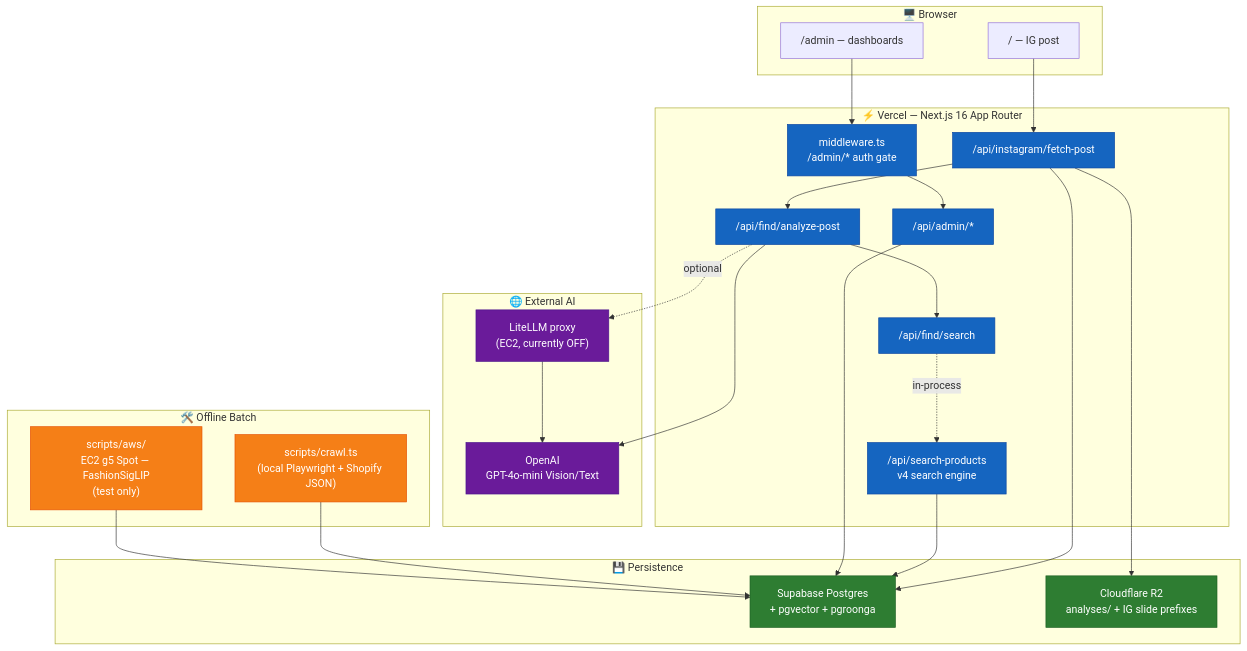
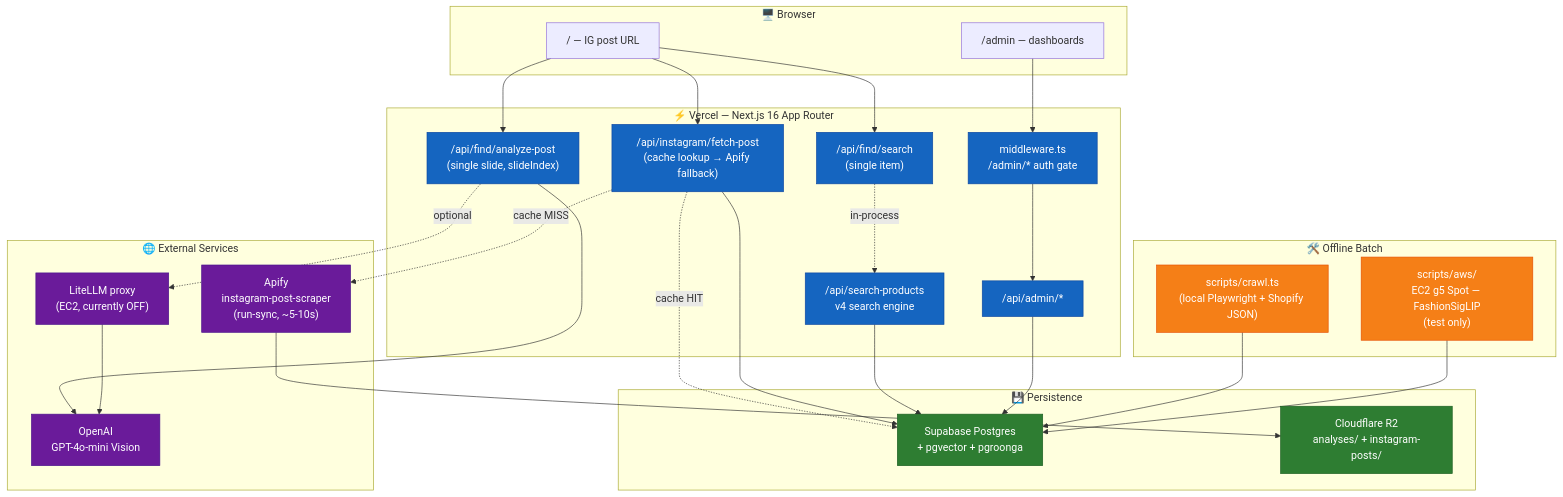
Before and after one commit to endurance-ai/portal.ai: the diagram in docs/ARCHITECTURE.md, drawn with Mermaid. The commit also changed other lines of this file and 2 other files, not shown here.

Commit message:
docs: ARCHITECTURE / features-main-flow / infra-deployment v2 반영 누락분 정정
PR #31 (메인 플로우 v2) 머지 후에도 아래 doc들이 v1 (oEmbed → web_profile_info 체인) 그대로 남아있던 것 정정:

- ARCHITECTURE.md
  - 시스템 토폴로지 mermaid에 Apify 노드 추가 (cache HIT/MISS 분기 표기)
  - 외부 서비스 매트릭스에 Apify 행 추가, Instagram(oEmbed+web_profile_info) 행 제거
  - 활성 진입점에 v2 핵심 6개 요약 추가 (img_index, picker, 캐시 등)
  - 변경 이력에 PR #31 한 줄 추가

- features/main-flow.md (전면 재작성)
  - 데이터 흐름 mermaid: cache + slide picker + item picker + 5-step 흐름으로 재작성
  - Step 1: oEmbed 체인 → Apify run-sync 으로 교체, 응답 필드 매핑 표 추가
  - 에러 코드: TOO_OLD deprecated, POST_NOT_FOUND/APIFY_FAILED 신규
  - Step 2/3/4 picker UI 단계 추가
  - 보안 가드: APIFY_TOKEN Bearer 헤더, PII 최소화 로깅 명시

- infra/deployment.md
  - 외부 서비스 매트릭스의 "Instagram (oEmbed + web_profile_info)" 행을 Apify 로 교체

원인: feature-finalize 의 doc-update 서브에이전트가 ARCHITECTURE.md/features/main-flow.md 를 stale 상태로 통과시킴. 프롬프트가 "이미 광범위하게 업데이트됨"이라 anchor 한 것 + agent 가 diff patch 의 v2 변경 사항을 doc 매핑과 cross-check 하지 않은 게 원인.

````diff
--- a/docs/ARCHITECTURE.md
+++ b/docs/ARCHITECTURE.md
@@ -27,56 +35,62 @@
 ```mermaid
 graph TB
     subgraph Browser["🖥️ Browser"]
-        U1["/ — IG post"]
+        U1["/ — IG post URL"]
         U2["/admin — dashboards"]
     end
 
     subgraph Vercel["⚡ Vercel — Next.js 16 App Router"]
         MW["middleware.ts<br/>/admin/* auth gate"]
-        API_IG["/api/instagram/fetch-post"]
-        API_FIND_AN["/api/find/analyze-post"]
-        API_FIND_S["/api/find/search"]
+        API_IG["/api/instagram/fetch-post<br/>(cache lookup → Apify fallback)"]
+        API_FIND_AN["/api/find/analyze-post<br/>(single slide, slideIndex)"]
+        API_FIND_S["/api/find/search<br/>(single item)"]
         API_SEARCH["/api/search-products<br/>v4 search engine"]
         API_ADMIN["/api/admin/*"]
     end
 
-    subgraph External["🌐 External AI"]
-        OAI["OpenAI<br/>GPT-4o-mini Vision/Text"]
+    subgraph External["🌐 External Services"]
+        APIFY["Apify<br/>instagram-post-scraper<br/>(run-sync, ~5-10s)"]
+        OAI["OpenAI<br/>GPT-4o-mini Vision"]
         LITELLM["LiteLLM proxy<br/>(EC2, currently OFF)"]
     end
 
     subgraph Data["💾 Persistence"]
         SB["Supabase Postgres<br/>+ pgvector + pgroonga"]
-        R2["Cloudflare R2<br/>analyses/ + IG slide prefixes"]
+        R2["Cloudflare R2<br/>analyses/ + instagram-posts/"]
     end
 
     subgraph Batch["🛠️ Offline Batch"]
         CRAWL["scripts/crawl.ts<br/>(local Playwright + Shopify JSON)"]
         EMBED["scripts/aws/<br/>EC2 g5 Spot — FashionSigLIP<br/>(test only)"]
     end
 
-    U1 --> API_IG --> API_FIND_AN --> API_FIND_S
-    API_FIND_S -. in-process .-> API_SEARCH
-    U2 --> MW --> API_ADMIN
+    U1 --> API_IG
+    API_IG -. cache HIT .-> SB
+    API_IG -. cache MISS .-> APIFY
+    APIFY --> R2
+    API_IG --> SB
 
+    U1 --> API_FIND_AN
     API_FIND_AN --> OAI
     API_FIND_AN -.optional.-> LITELLM --> OAI
 
-    API_IG --> R2
-    API_IG --> SB
+    U1 --> API_FIND_S
+    API_FIND_S -. in-process .-> API_SEARCH
     API_SEARCH --> SB
+
+    U2 --> MW --> API_ADMIN
     API_ADMIN --> SB
 
     CRAWL --> SB
     EMBED --> SB
 
     classDef vercel fill:#1565c0,stroke:#0d47a1,color:#fff
     classDef ext fill:#6a1b9a,stroke:#4a148c,color:#fff
     classDef data fill:#2e7d32,stroke:#1b5e20,color:#fff
     classDef batch fill:#f57f17,stroke:#e65100,color:#fff
 
     class MW,API_SEARCH,API_IG,API_FIND_AN,API_FIND_S,API_ADMIN vercel
-    class OAI,LITELLM ext
+    class APIFY,OAI,LITELLM ext
     class SB,R2 data
     class CRAWL,EMBED batch
 ```
````
